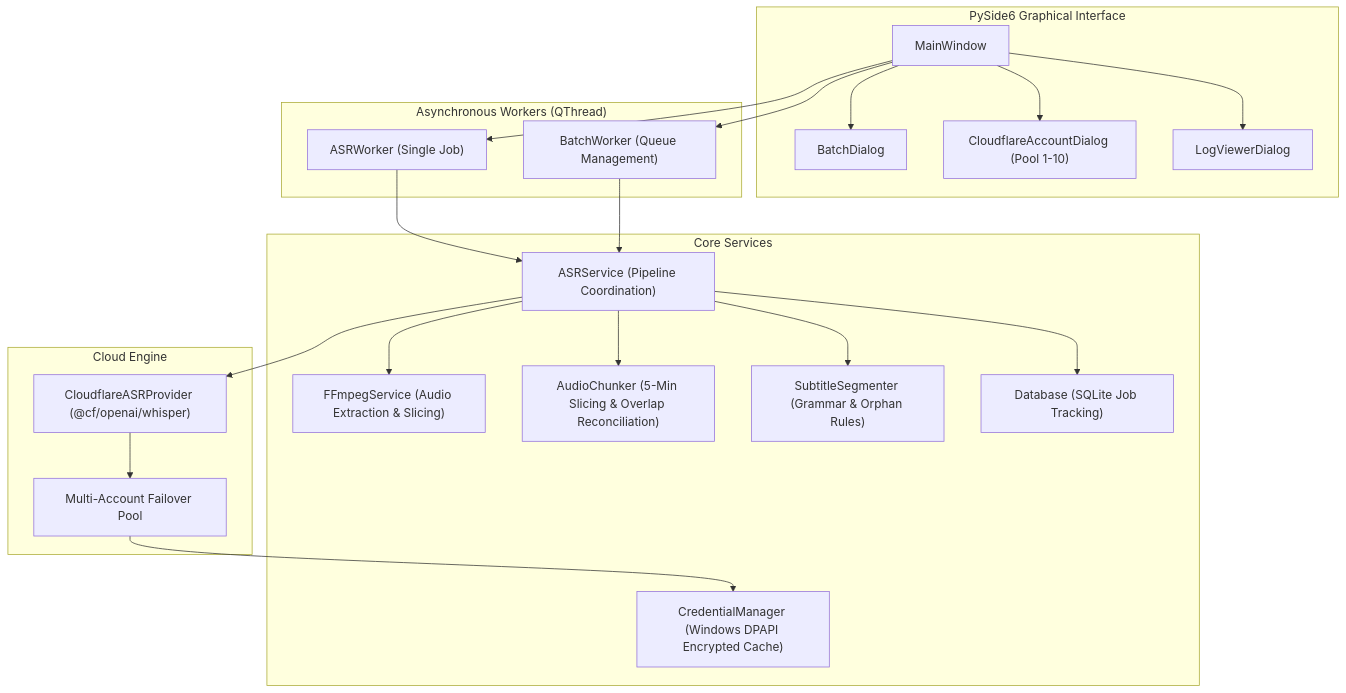
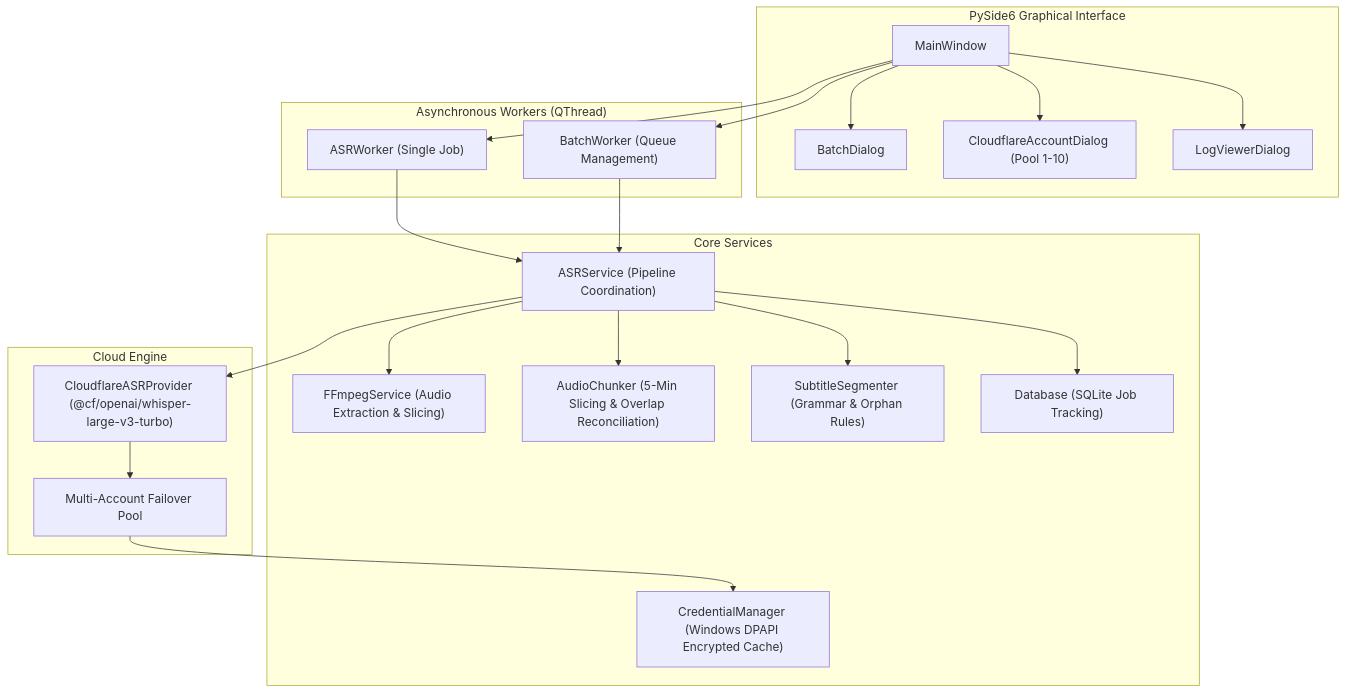
The diagram in docs/ARCHITECTURE.md (AliDevCore/Online-Subtitle-Generator), drawn with Mermaid before and after one commit. The commit also changed 13 other files, not shown here.

Commit message:
feat: upgrade default model to Whisper Large v3 Turbo with native VAD

````diff
--- a/docs/ARCHITECTURE.md
+++ b/docs/ARCHITECTURE.md
@@ -3,46 +3,46 @@
 ```mermaid
 flowchart TD
     subgraph UI ["PySide6 Graphical Interface"]
         MainWindow["MainWindow"]
         BatchDialog["BatchDialog"]
         AccountDialog["CloudflareAccountDialog (Pool 1-10)"]
         LogViewer["LogViewerDialog"]
     end
 
     subgraph Workers ["Asynchronous Workers (QThread)"]
         ASRWorker["ASRWorker (Single Job)"]
         BatchWorker["BatchWorker (Queue Management)"]
     end
 
     subgraph CoreServices ["Core Services"]
         FFmpegSvc["FFmpegService (Audio Extraction & Slicing)"]
         ASRSvc["ASRService (Pipeline Coordination)"]
         Chunker["AudioChunker (5-Min Slicing & Overlap Reconciliation)"]
         Segmenter["SubtitleSegmenter (Grammar & Orphan Rules)"]
         CredMgr["CredentialManager (Windows DPAPI Encrypted Cache)"]
         DB["Database (SQLite Job Tracking)"]
     end
 
     subgraph CloudEngine ["Cloud Engine"]
-        CF_ASR["CloudflareASRProvider (@cf/openai/whisper)"]
+        CF_ASR["CloudflareASRProvider (@cf/openai/whisper-large-v3-turbo)"]
         Pool["Multi-Account Failover Pool"]
     end
 
     MainWindow --> ASRWorker
     MainWindow --> BatchWorker
     MainWindow --> BatchDialog
     MainWindow --> AccountDialog
     MainWindow --> LogViewer
 
     ASRWorker --> ASRSvc
     BatchWorker --> ASRSvc
 
     ASRSvc --> FFmpegSvc
     ASRSvc --> Chunker
     ASRSvc --> CF_ASR
     ASRSvc --> Segmenter
     ASRSvc --> DB
 
     CF_ASR --> Pool
     Pool --> CredMgr
 ```
````
